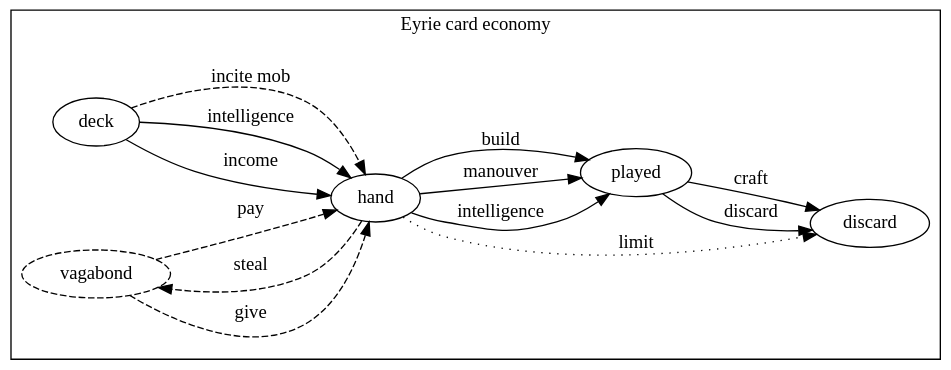
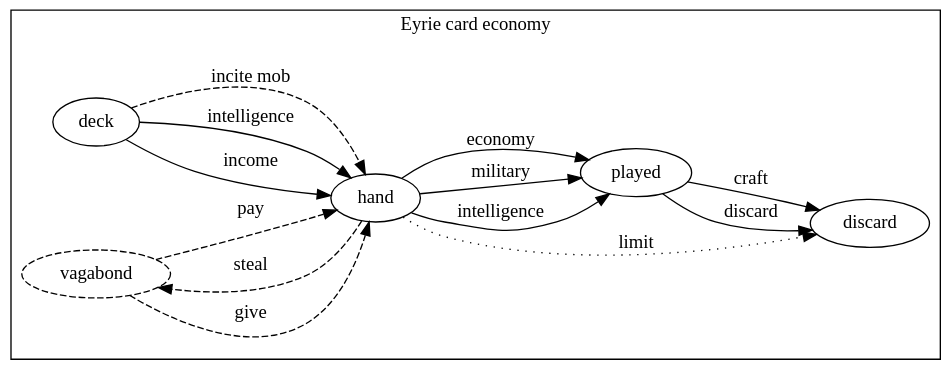
One commit to krawaller/root changed the diagram in diagrams/eyrie-cards.dot. Above: the diagram before and after it, drawn with Graphviz. The commit also changed 1 other file, not shown here.

```diff
--- a/diagrams/eyrie-cards.dot
+++ b/diagrams/eyrie-cards.dot
@@ -1,30 +1,30 @@
 digraph {
   rankdir = LR;
   bgcolor = transparent;
 
   subgraph cluster_eyriecards {
 
     label = "Eyrie card economy"
 
 
     deck -> hand [label="income"]
     deck -> hand [label="intelligence"]
     hand -> discard [label="limit" style=dotted]
 
     hand -> played [label="intelligence"]
-    hand -> played [label="manouver"]
-    hand -> played [label="build"]
+    hand -> played [label="military"]
+    hand -> played [label="economy"]
 
     played -> discard [label="discard"]
     played -> discard [label="craft"]
 
     deck -> hand [label="incite mob" style=dashed]
 
     vagabond [style=dashed]
     vagabond -> hand [label="pay" style=dashed]
     vagabond -> hand [label="give" style=dashed]
     hand -> vagabond [label="steal" style=dashed]
 
     {rank=same; deck, vagabond}
   }
 }
```
